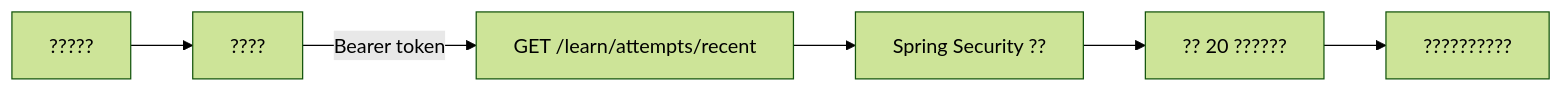
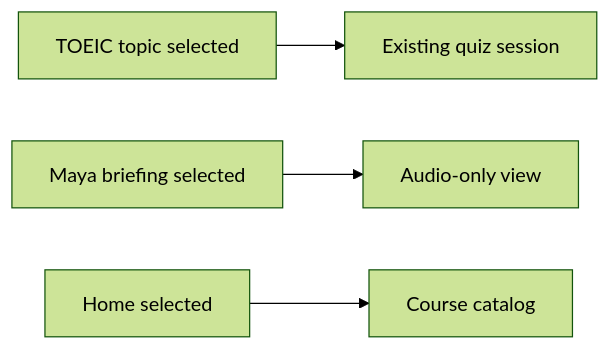
One commit to Vinskao/ty-multiverse changed the second of 2 diagrams in docs/LEARNING_CATALOG.md. Above: the diagram before and after it, drawn with Mermaid (forest theme). The commit also changed other lines of this file and 3 other files, not shown here.

Commit message:
feat(learn): implement Maya audio view and sidebar navigation with tests

````diff
--- a/docs/LEARNING_CATALOG.md
+++ b/docs/LEARNING_CATALOG.md
@@ -27,8 +28,6 @@
 ```mermaid
 flowchart LR
-  A[?????] --> B[????]
-  B -->|Bearer token| C[GET /learn/attempts/recent]
-  C --> D[Spring Security ??]
-  D --> E[?? 20 ??????]
-  E --> F[??????????]
+  A[TOEIC topic selected] --> B[Existing quiz session]
+  C[Maya briefing selected] --> D[Audio-only view]
+  E[Home selected] --> F[Course catalog]
 ```
````
